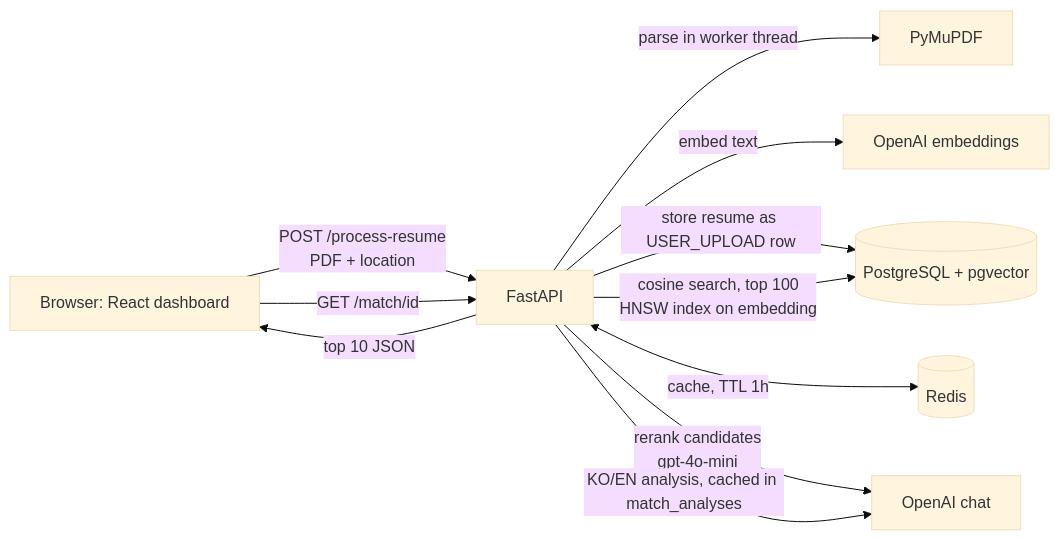
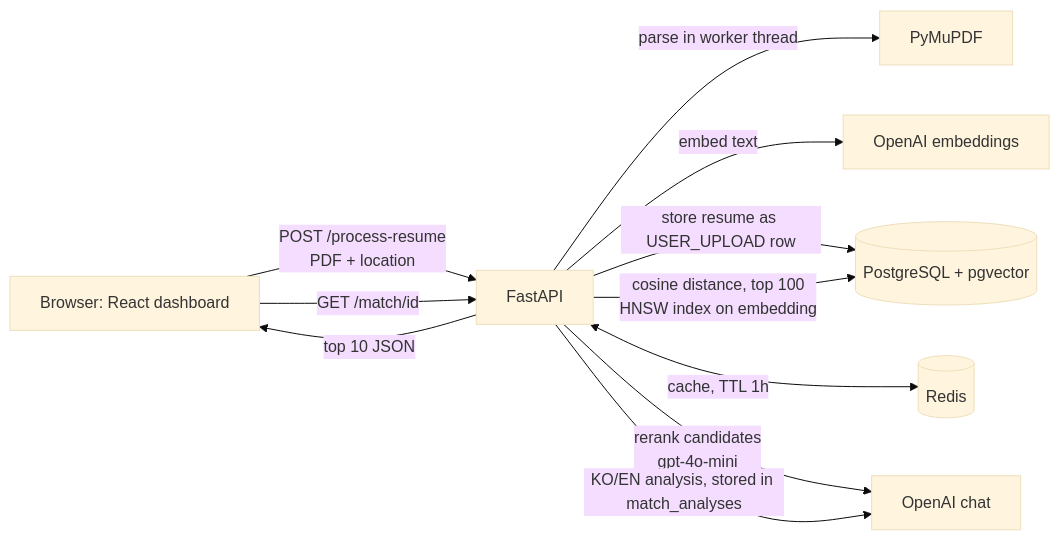
The first of 2 diagrams in README.md (junyoungKi/Portfolio-Job-matching-Web), drawn with Mermaid (base theme) before and after one commit. The commit also changed other lines of this file, not shown here.

````diff
--- a/README.md
+++ b/README.md
@@ -44,13 +29,13 @@
 ```mermaid
 flowchart LR
     U[Browser: React dashboard] -->|POST /process-resume<br/>PDF + location| API[FastAPI]
     API -->|parse in worker thread| P[PyMuPDF]
     API -->|embed text| E[OpenAI embeddings]
     API -->|store resume as USER_UPLOAD row| DB[(PostgreSQL + pgvector)]
     U -->|GET /match/id| API
     API <-->|cache, TTL 1h| R[(Redis)]
-    API -->|cosine search, top 100<br/>HNSW index on embedding| DB
+    API -->|cosine distance, top 100<br/>HNSW index on embedding| DB
     API -->|rerank candidates<br/>gpt-4o-mini| L[OpenAI chat]
-    API -->|KO/EN analysis, cached in match_analyses| L
+    API -->|KO/EN analysis, stored in match_analyses| L
     API -->|top 10 JSON| U
 ```
````
